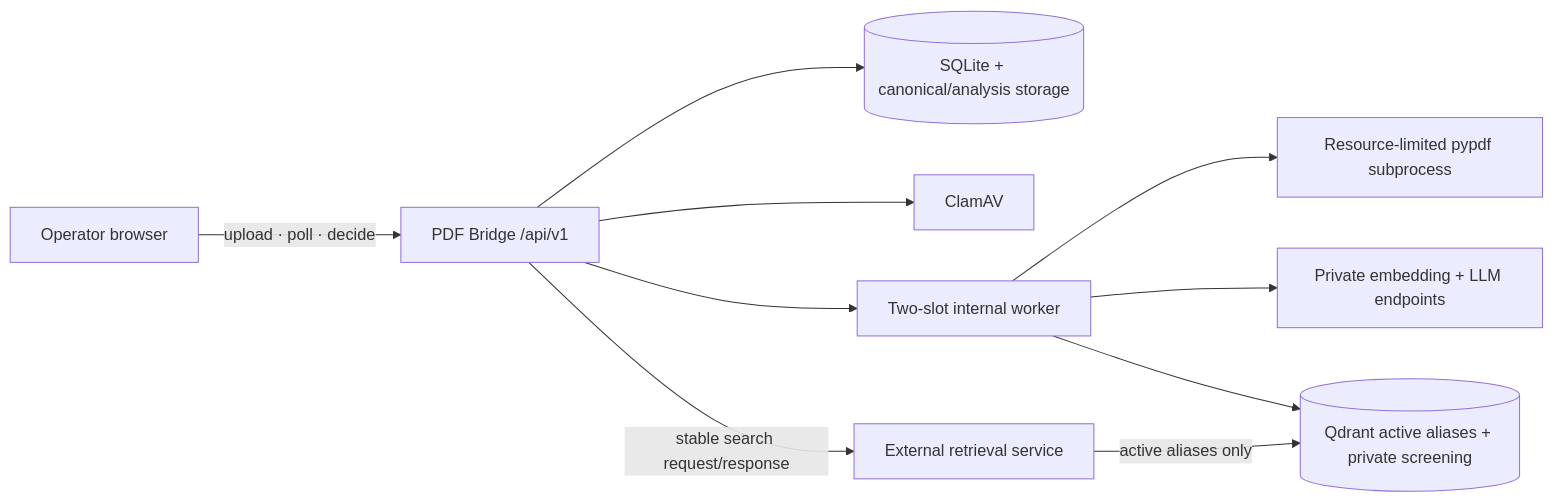
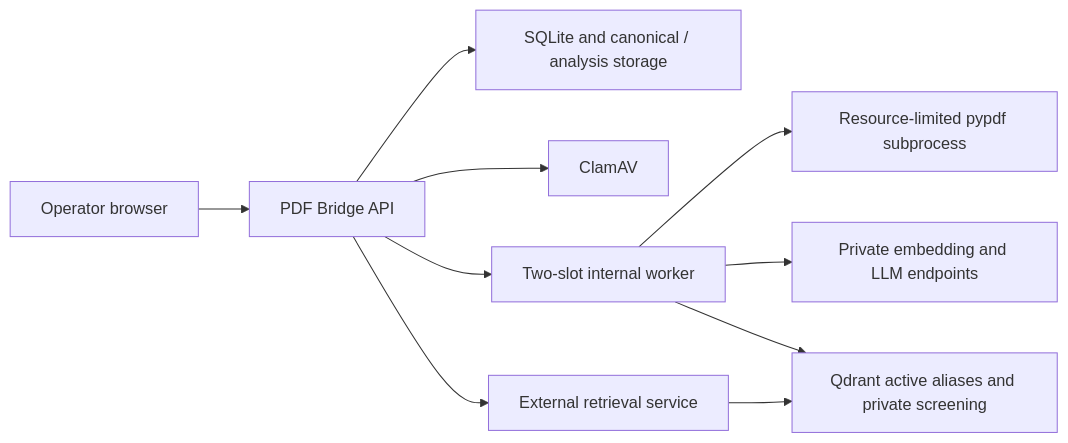
The diagram in README.md (icosahedron10/pdf-bridge), drawn with Mermaid before and after one commit.

Commit message:
Fix README Mermaid rendering

````diff
--- a/README.md
+++ b/README.md
@@ -30,12 +30,12 @@
 ```mermaid
-flowchart LR
-    O["Operator browser"] -->|"upload · poll · decide"| B["PDF Bridge /api/v1"]
-    B --> S[("SQLite + canonical/analysis storage")]
+graph LR
+    O["Operator browser"] --> B["PDF Bridge API"]
+    B --> S["SQLite and canonical / analysis storage"]
     B --> C["ClamAV"]
     B --> W["Two-slot internal worker"]
     W --> P["Resource-limited pypdf subprocess"]
-    W --> M["Private embedding + LLM endpoints"]
-    W --> Q[("Qdrant active aliases + private screening")]
-    R["External retrieval service"] -->|"active aliases only"| Q
-    B -->|"stable search request/response"| R
+    W --> M["Private embedding and LLM endpoints"]
+    W --> Q["Qdrant active aliases and private screening"]
+    R["External retrieval service"] --> Q
+    B --> R
 ```
````
